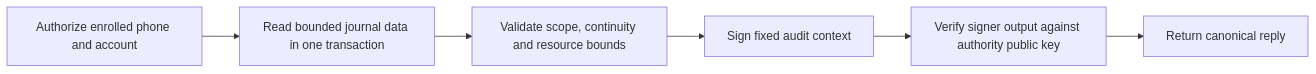
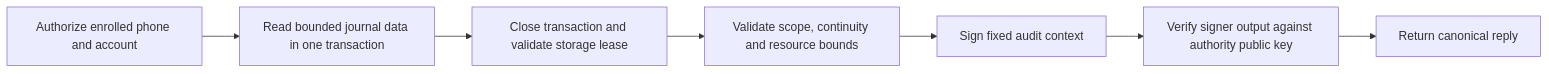
The diagram in macos/core/audit-replies.md (rock3r/remozio), drawn with Mermaid before and after one commit. The commit also changed other lines of this file and 3 other files, not shown here.

````diff
--- a/macos/core/audit-replies.md
+++ b/macos/core/audit-replies.md
@@ -5,8 +5,9 @@
 ```mermaid
 flowchart LR
     A[Authorize enrolled phone and account] --> R[Read bounded journal data in one transaction]
-    R --> V[Validate scope, continuity and resource bounds]
+    R --> E[Close transaction and validate storage lease]
+    E --> V[Validate scope, continuity and resource bounds]
     V --> S[Sign fixed audit context]
     S --> C[Verify signer output against authority public key]
     C --> D[Return canonical reply]
 ```
````
